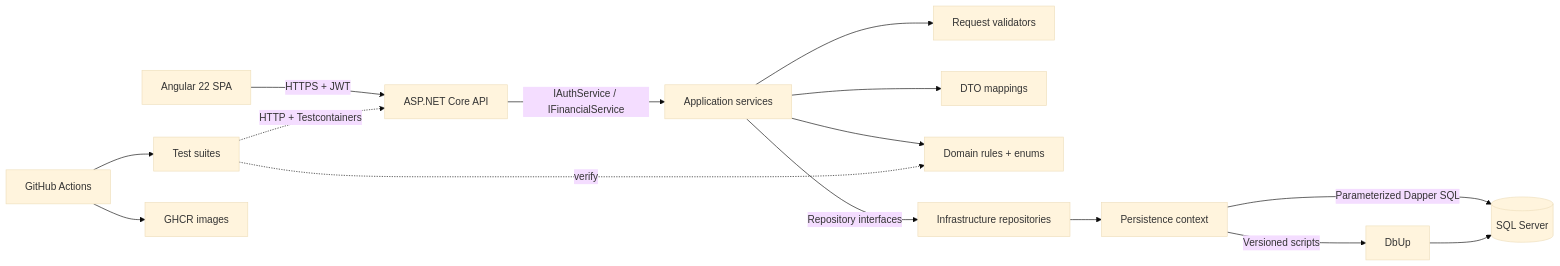
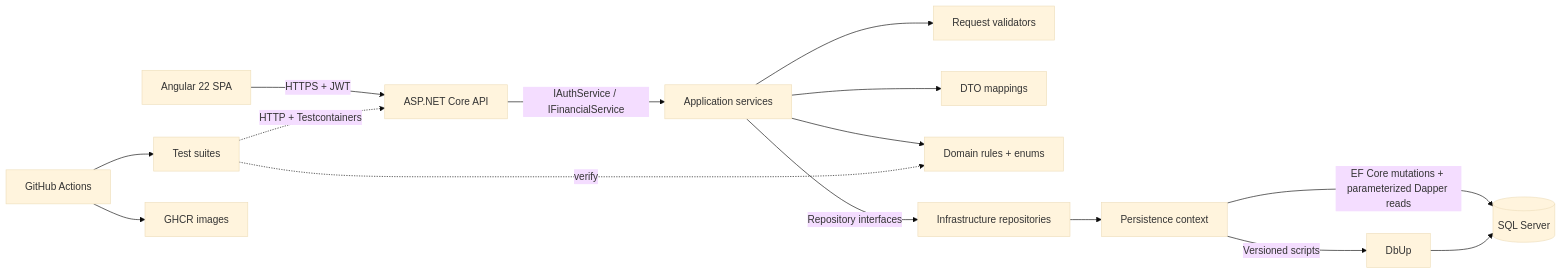
One commit to omatheussribeiro/ledgerflow changed the diagram in README.md. Above: the diagram before and after it, drawn with Mermaid (base theme). The commit also changed other lines of this file and 51 other files, not shown here.

````diff
--- a/README.md
+++ b/README.md
@@ -50,17 +50,17 @@
 ```mermaid
 flowchart LR
   Browser[Angular 22 SPA] -->|HTTPS + JWT| API[ASP.NET Core API]
   API -->|IAuthService / IFinancialService| APP[Application services]
   APP --> VALIDATORS[Request validators]
   APP --> MAPPINGS[DTO mappings]
   APP --> DOMAIN[Domain rules + enums]
   APP -->|Repository interfaces| INFRA[Infrastructure repositories]
   INFRA --> CONTEXT[Persistence context]
-  CONTEXT -->|Parameterized Dapper SQL| SQL[(SQL Server)]
+  CONTEXT -->|EF Core mutations + parameterized Dapper reads| SQL[(SQL Server)]
   CONTEXT -->|Versioned scripts| DBUP[DbUp]
   DBUP --> SQL
   TESTS[Test suites] -. verify .-> DOMAIN
   TESTS -. HTTP + Testcontainers .-> API
   ACTIONS[GitHub Actions] --> TESTS
   ACTIONS --> GHCR[GHCR images]
 ```
````
